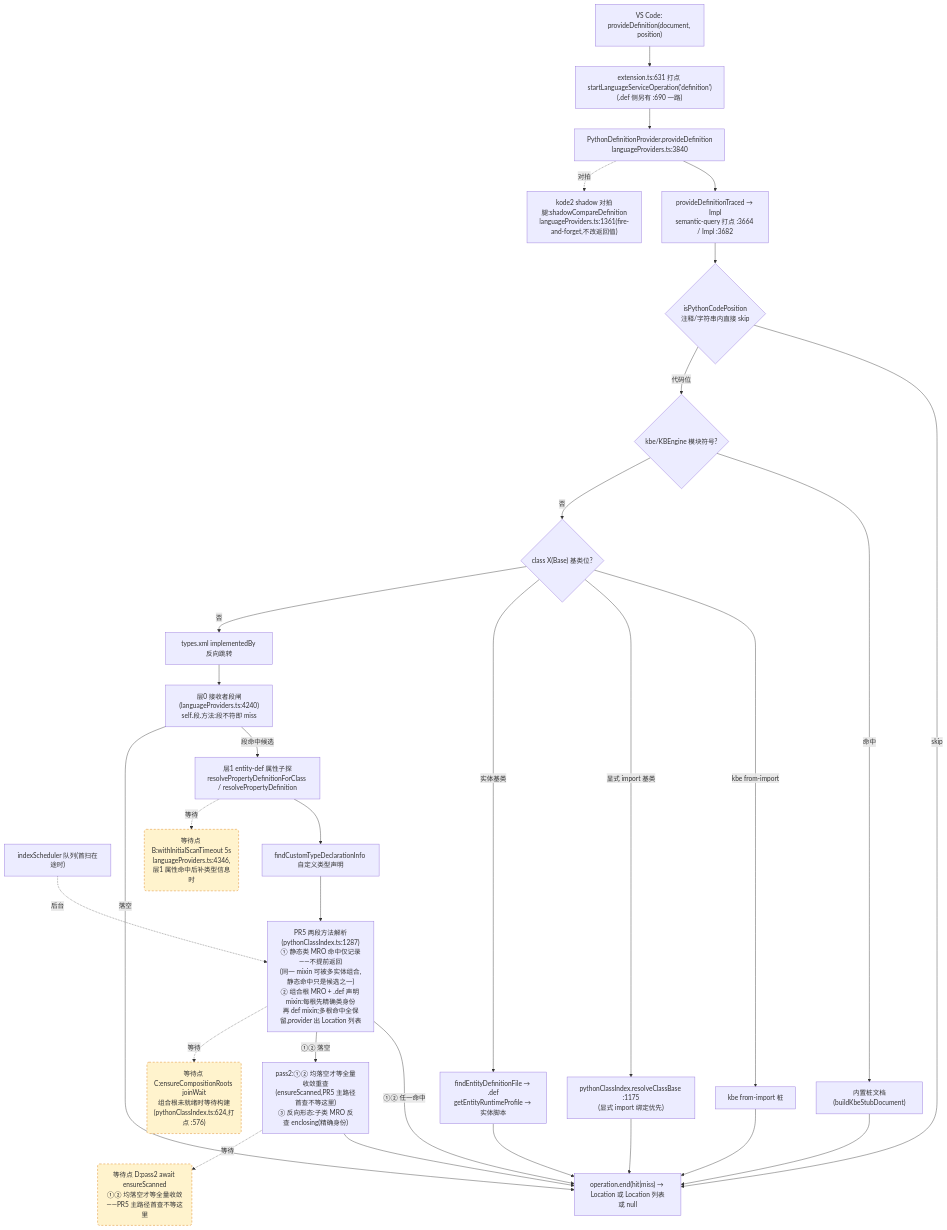
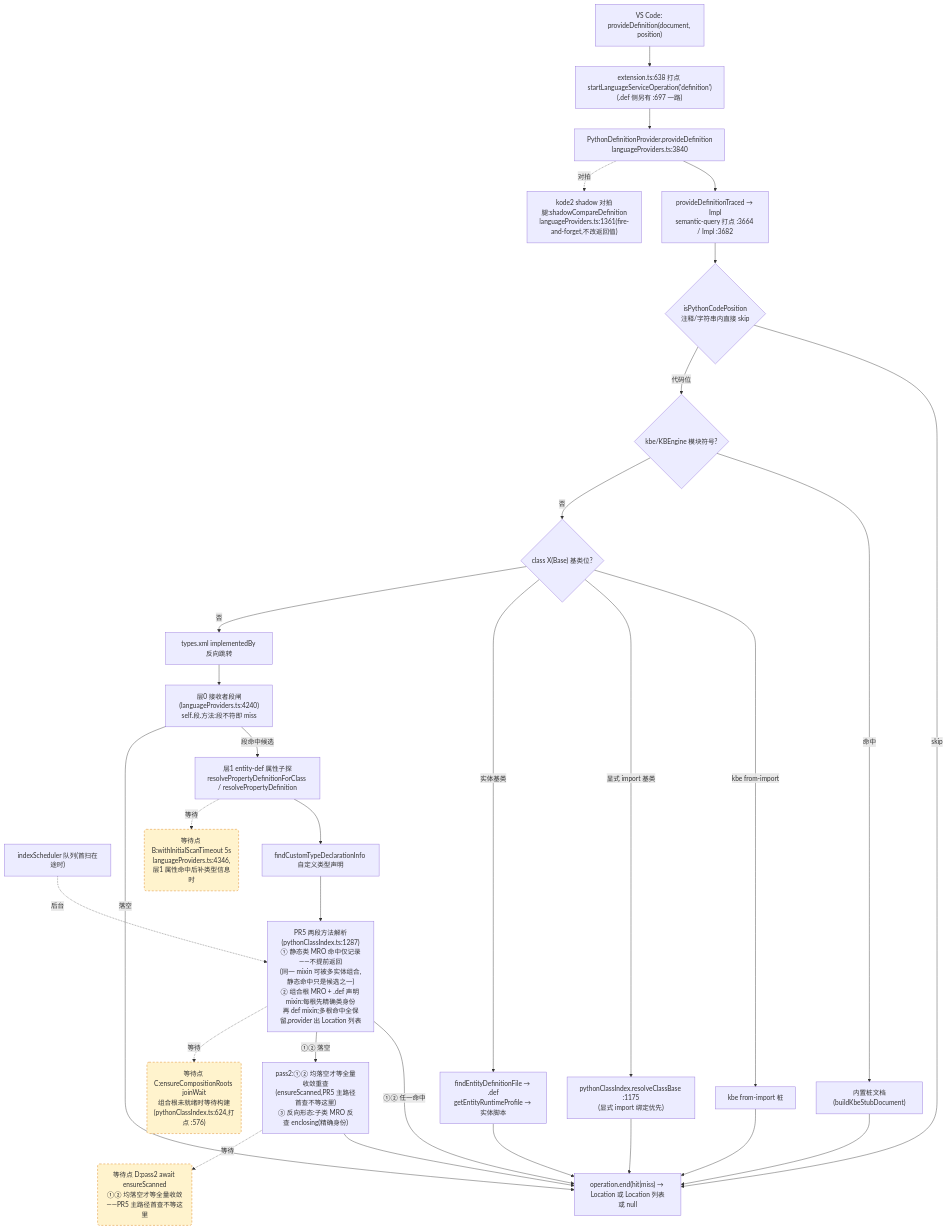
Before and after one commit to cuihairu/kode: the second of 4 diagrams in docs/perf/2026-baseline.md, drawn with Mermaid. The commit also changed other lines of this file and 11 other files, not shown here.

Commit message:
feat: add python language service status check

````diff
--- a/docs/perf/2026-baseline.md
+++ b/docs/perf/2026-baseline.md
@@ -130,51 +130,51 @@
 ```mermaid
 flowchart TD
   VC2["VS Code: provideDefinition(document, position)"]
-  M2["extension.ts:631 打点 startLanguageServiceOperation('definition')<br/>(.def 侧另有 :690 一路)"]
+  M2["extension.ts:638 打点 startLanguageServiceOperation('definition')<br/>(.def 侧另有 :697 一路)"]
   AD2["PythonDefinitionProvider.provideDefinition<br/>languageProviders.ts:3840"]
   TR["provideDefinitionTraced → Impl<br/>semantic-query 打点 :3664 / Impl :3682"]
   CTX{"isPythonCodePosition<br/>注释/字符串内直接 skip"}
   KBE{"kbe/KBEngine 模块符号?"}
   STUB["内置桩文档(buildKbeStubDocument)"]
   CB{"class X(Base) 基类位?"}
   CB1["kbe from-import 桩"]
   CB2["pythonClassIndex.resolveClassBase :1175<br/>(显式 import 绑定优先)"]
   CB3["findEntityDefinitionFile → .def<br/>getEntityRuntimeProfile → 实体脚本"]
   REV["types.xml implementedBy 反向跳转"]
   L0["层0 接收者段闸(languageProviders.ts:4240)<br/>self.段.方法:段不符即 miss"]
   L1["层1 entity-def 属性子探<br/>resolvePropertyDefinitionForClass / resolvePropertyDefinition"]
   SCAN["indexScheduler 队列(首扫在途时)"]
   TY["findCustomTypeDeclarationInfo 自定义类型声明"]
   MRO["PR5 两段方法解析(pythonClassIndex.ts:1287)<br/>① 静态类 MRO 命中仅记录——不提前返回<br/>(同一 mixin 可被多实体组合,静态命中只是候选之一)<br/>② 组合根 MRO + .def 声明 mixin:每根先精确类身份<br/>再 def mixin;多根命中全保留,provider 出 Location 列表"]
   PASS2["pass2:①② 均落空才等全量收敛重查<br/>(ensureScanned,PR5 主路径首查不等这里)<br/>③ 反向形态:子类 MRO 反查 enclosing(精确身份)"]
   SHD["kode2 shadow 对拍腿:shadowCompareDefinition<br/>languageProviders.ts:1361(fire-and-forget,不改返回值)"]
   END2["operation.end(hit|miss) → Location 或 Location 列表或 null"]
 
   VC2 --> M2 --> AD2 --> TR --> CTX
   CTX -- "skip" --> END2
   CTX -- "代码位" --> KBE
   KBE -- "命中" --> STUB --> END2
   KBE -- "否" --> CB
   CB -- "kbe from-import" --> CB1 --> END2
   CB -- "显式 import 基类" --> CB2 --> END2
   CB -- "实体基类" --> CB3 --> END2
   CB -- "否" --> REV --> L0
   L0 -- "段命中候选" --> L1
   L0 -- "落空" --> END2
   L1 --> TY
   TY --> MRO
   MRO -- "①② 任一命中" --> END2
   MRO -- "①② 落空" --> PASS2 --> END2
   AD2 -.->|对拍| SHD
 
   WAITB("等待点 B:withInitialScanTimeout 5s<br/>languageProviders.ts:4346,层1 属性命中后补类型信息时")
   WAITC("等待点 C:ensureCompositionRoots joinWait<br/>组合根未就绪时等待构建(pythonClassIndex.ts:624,打点 :576)")
   WAITD("等待点 D:pass2 await ensureScanned<br/>①② 均落空才等全量收敛——PR5 主路径首查不等这里")
   L1 -.->|等待| WAITB
   MRO -.->|等待| WAITC
   PASS2 -.->|等待| WAITD
   SCAN -.->|后台| MRO
 
   classDef waitPoint fill:#fff3cd,stroke:#d97706,stroke-dasharray:5 4;
   class WAITB,WAITC,WAITD waitPoint;
 ```
````
